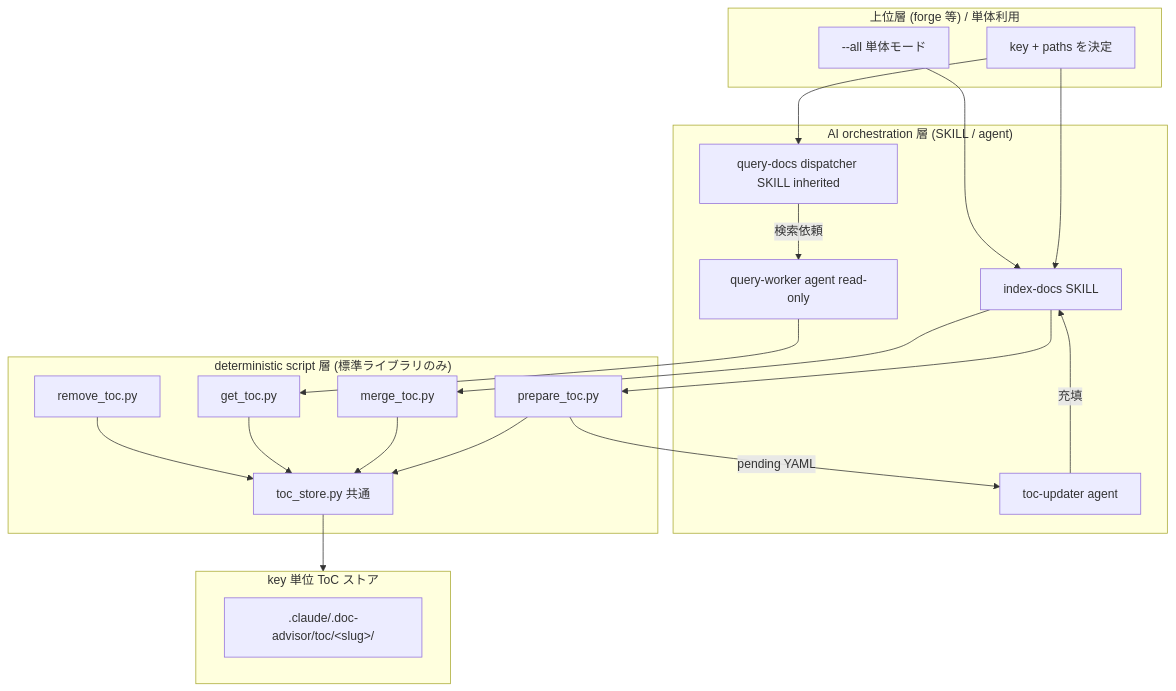
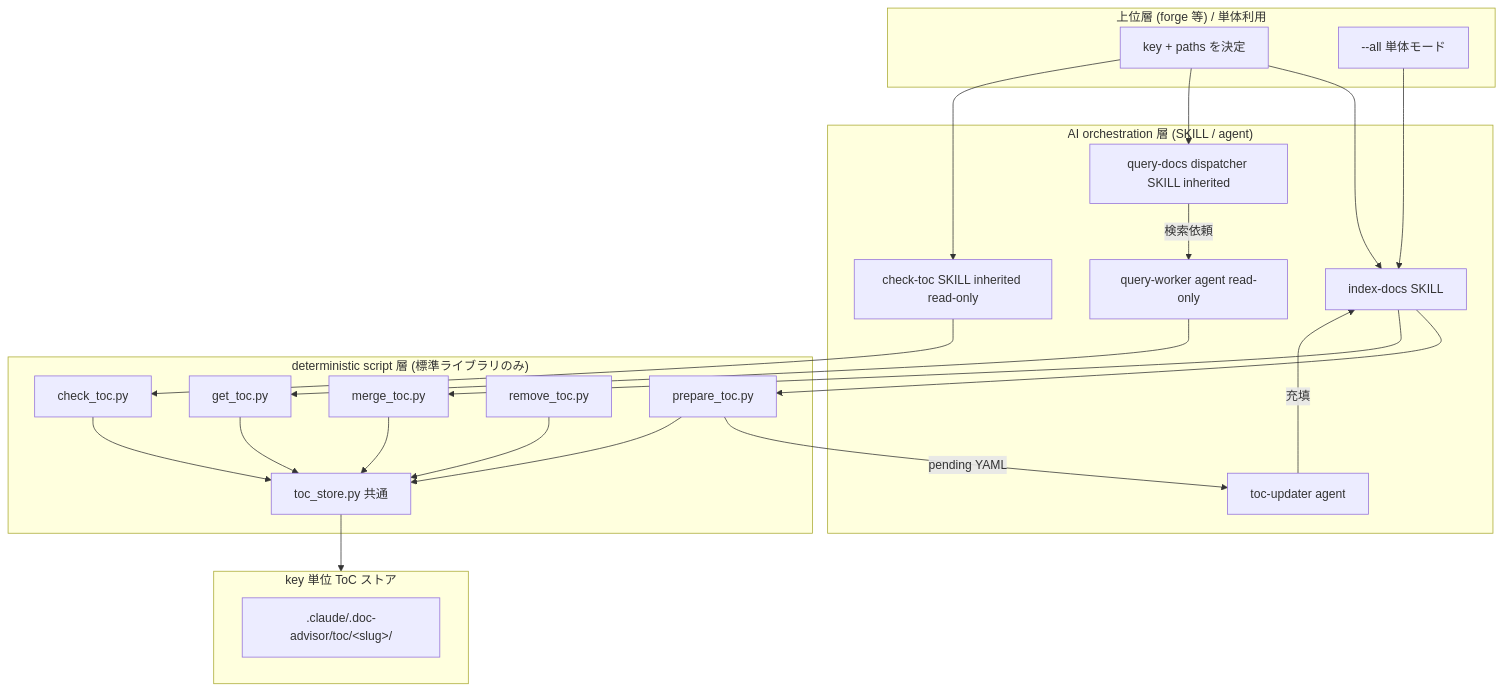
One commit to BlueEventHorizon/DocAdvisor-CC changed the first of 7 diagrams in docs/specs/base/design/DES-005_toc_generation_flow.md. Above: the diagram before and after it, drawn with Mermaid. The commit also changed other lines of this file and 10 other files, not shown here.

Commit message:
docs: check-toc の仕様を base へ統合し一時 feature 文書を削除

````diff
--- a/docs/specs/base/design/DES-005_toc_generation_flow.md
+++ b/docs/specs/base/design/DES-005_toc_generation_flow.md
@@ -29,41 +29,46 @@
 ```mermaid
 flowchart TB
     subgraph Upper["上位層 (forge 等) / 単体利用"]
         U1[key + paths を決定]
         U2[--all 単体モード]
     end
 
     subgraph AI["AI orchestration 層 (SKILL / agent)"]
         S1[index-docs SKILL]
         S2[query-docs dispatcher SKILL inherited]
+        S3[check-toc SKILL inherited read-only]
         A1[toc-updater agent]
         A2[query-worker agent read-only]
     end
 
     subgraph Det["deterministic script 層 (標準ライブラリのみ)"]
         P1[prepare_toc.py]
         P2[merge_toc.py]
         P3[get_toc.py]
         P4[remove_toc.py]
+        P5[check_toc.py]
         C1[toc_store.py 共通]
     end
 
     subgraph Store["key 単位 ToC ストア"]
         ST[.claude/.doc-advisor/toc/&lt;slug&gt;/]
     end
 
     U1 --> S1
     U2 --> S1
     U1 --> S2
+    U1 --> S3
+    S3 --> P5
+    P5 --> C1
     S1 --> P1
     P1 -->|pending YAML| A1
     A1 -->|充填| S1
     S1 --> P2
     S2 -->|検索依頼| A2
     A2 --> P3
     P1 --> C1
     P2 --> C1
     P3 --> C1
     P4 --> C1
     C1 --> Store
 ```
````
